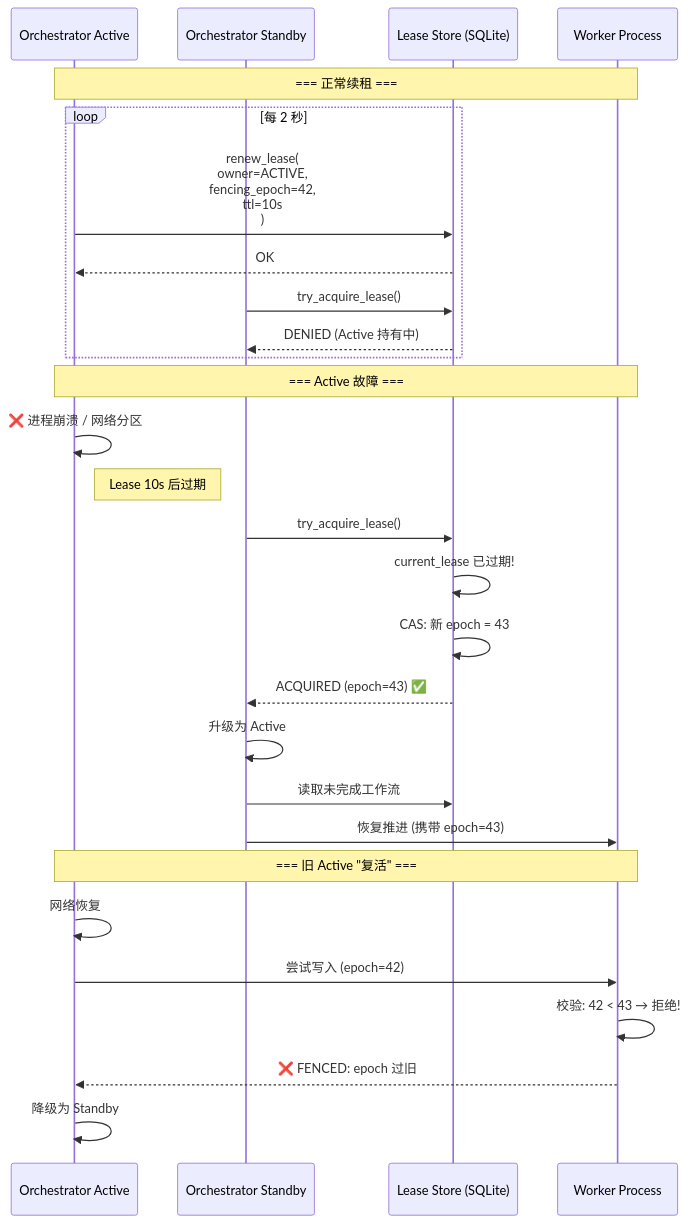
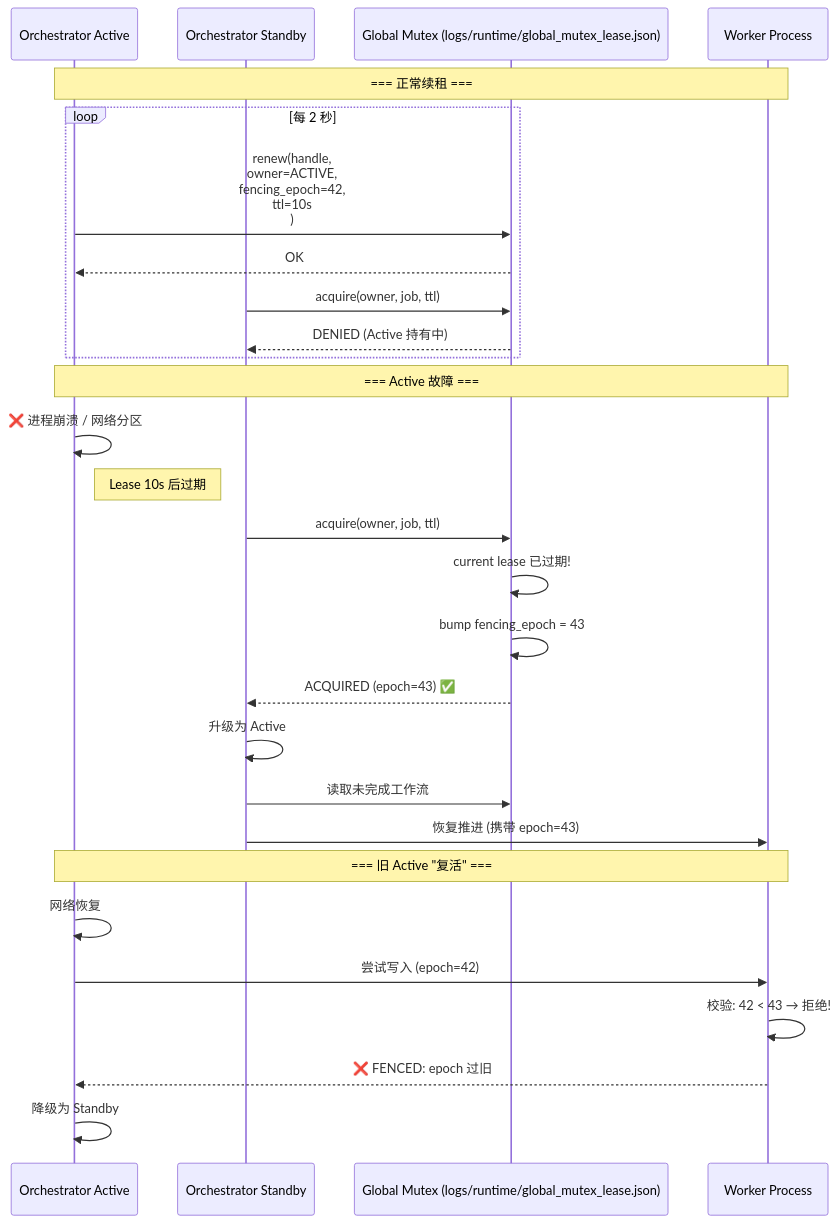
Before and after one commit to Yidhar/Embla_System: diagram 15 of 17 in doc/11-brain-layer-modules.md, drawn with Mermaid. The commit also changed 83 other files, not shown here.

````diff
--- a/doc/11-brain-layer-modules.md
+++ b/doc/11-brain-layer-modules.md
@@ -659,37 +659,37 @@
 ```mermaid
 sequenceDiagram
     participant ACTIVE as Orchestrator Active
     participant STANDBY as Orchestrator Standby
-    participant LEASE as Lease Store (SQLite)
+    participant LEASE as Global Mutex (logs/runtime/global_mutex_lease.json)
     participant WORKER as Worker Process
 
     Note over ACTIVE,WORKER: === 正常续租 ===
 
     loop 每 2 秒
-        ACTIVE->>LEASE: renew_lease(<br/>  owner=ACTIVE,<br/>  fencing_epoch=42,<br/>  ttl=10s<br/>)
+        ACTIVE->>LEASE: renew(handle,<br/>  owner=ACTIVE,<br/>  fencing_epoch=42,<br/>  ttl=10s<br/>)
         LEASE-->>ACTIVE: OK
 
-        STANDBY->>LEASE: try_acquire_lease()
+        STANDBY->>LEASE: acquire(owner, job, ttl)
         LEASE-->>STANDBY: DENIED (Active 持有中)
     end
 
     Note over ACTIVE,WORKER: === Active 故障 ===
     ACTIVE->>ACTIVE: ❌ 进程崩溃 / 网络分区
     Note right of ACTIVE: Lease 10s 后过期
 
-    STANDBY->>LEASE: try_acquire_lease()
-    LEASE->>LEASE: current_lease 已过期!
-    LEASE->>LEASE: CAS: 新 epoch = 43
+    STANDBY->>LEASE: acquire(owner, job, ttl)
+    LEASE->>LEASE: current lease 已过期!
+    LEASE->>LEASE: bump fencing_epoch = 43
     LEASE-->>STANDBY: ACQUIRED (epoch=43) ✅
 
     STANDBY->>STANDBY: 升级为 Active
     STANDBY->>LEASE: 读取未完成工作流
     STANDBY->>WORKER: 恢复推进 (携带 epoch=43)
 
     Note over ACTIVE,WORKER: === 旧 Active "复活" ===
     ACTIVE->>ACTIVE: 网络恢复
     ACTIVE->>WORKER: 尝试写入 (epoch=42)
     WORKER->>WORKER: 校验: 42 < 43 → 拒绝!
     WORKER-->>ACTIVE: ❌ FENCED: epoch 过旧
     ACTIVE->>ACTIVE: 降级为 Standby
 ```
````
